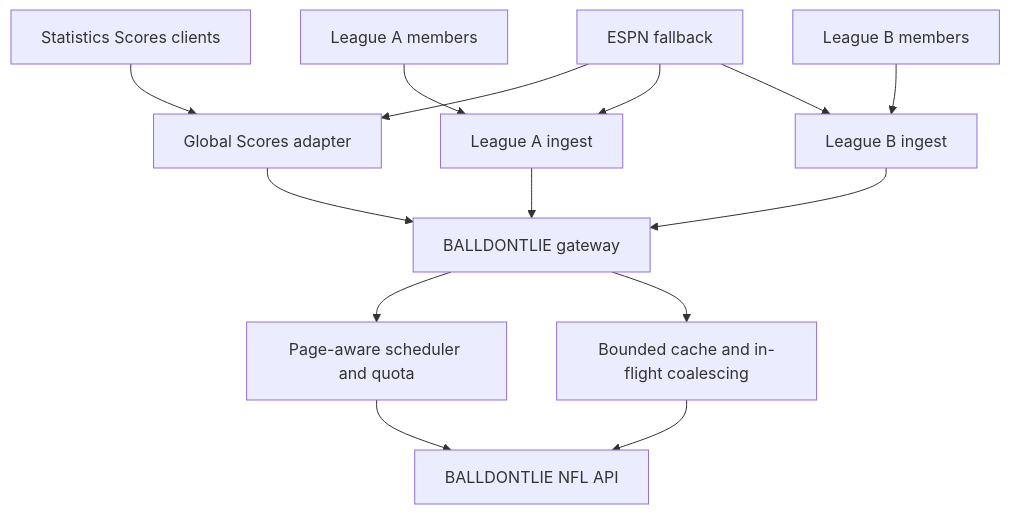
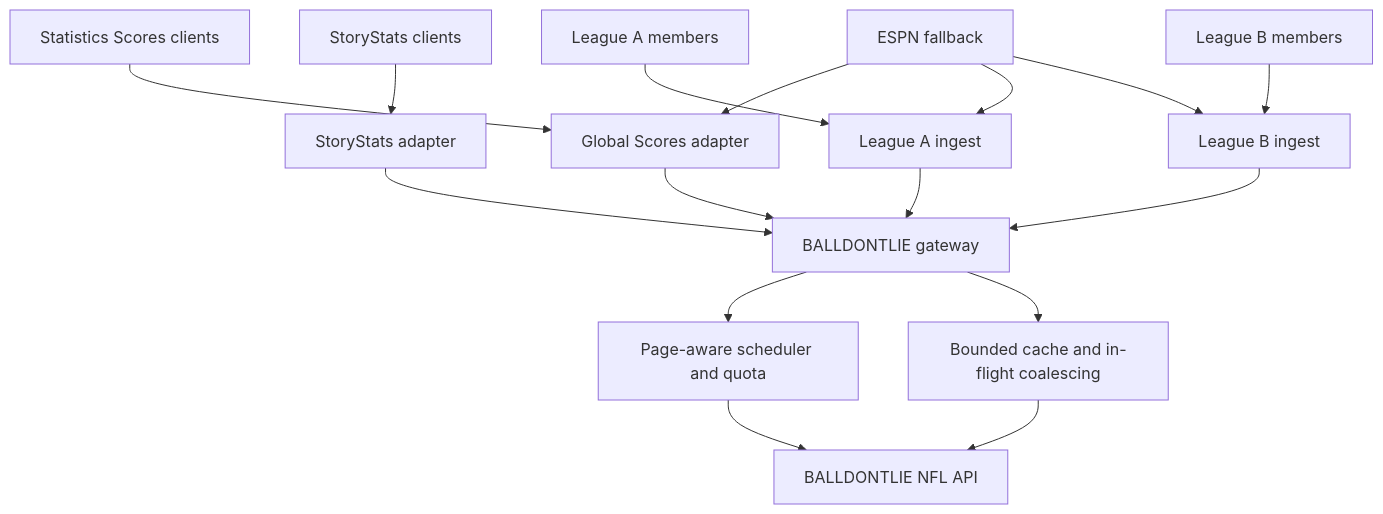
The second of 3 diagrams in docs/Live Data Server Architecture.md (thejrudd/gridshift), drawn with Mermaid before and after one commit. The commit also changed other lines of this file and 108 other files, not shown here.

````diff
--- a/docs/Live Data Server Architecture.md
+++ b/docs/Live Data Server Architecture.md
@@ -61,16 +65,18 @@
 ```mermaid
 flowchart TB
   B1["Statistics Scores clients"] --> SG["Global Scores adapter"]
+  B4["StoryStats clients"] --> ST["StoryStats adapter"]
   B2["League A members"] --> LA["League A ingest"]
   B3["League B members"] --> LB["League B ingest"]
   SG --> G["BALLDONTLIE gateway"]
+  ST --> G
   LA --> G
   LB --> G
   G --> Q["Page-aware scheduler and quota"]
   G --> C["Bounded cache and in-flight coalescing"]
   Q --> P["BALLDONTLIE NFL API"]
   C --> P
   E["ESPN fallback"] --> SG
   E --> LA
   E --> LB
 ```
````
